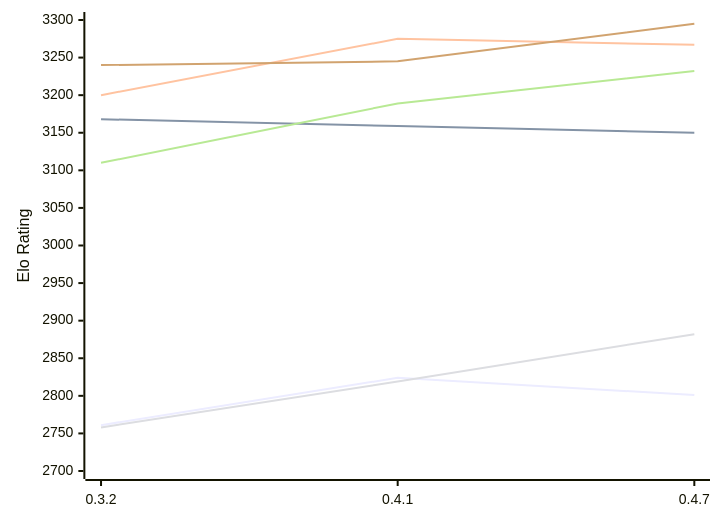
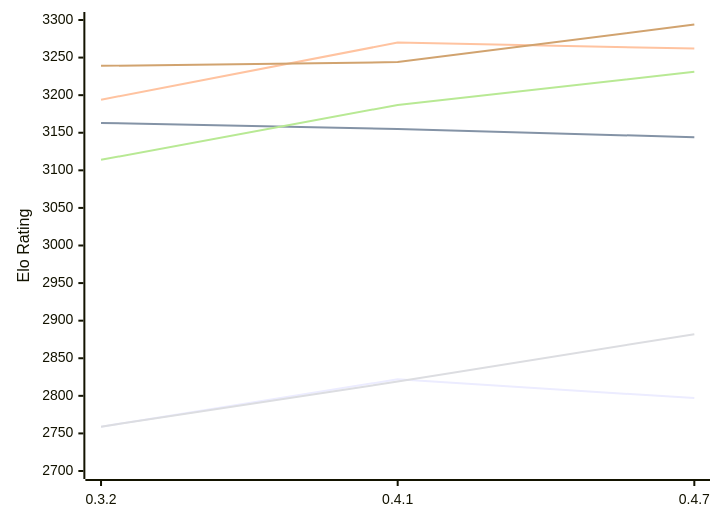
Before and after one commit to computer-chess-index/cci: the diagram in engines/Arabica.md, drawn with Mermaid. The commit also changed other lines of this file, not shown here.

Commit message:
Update CCI Ratings (ELO VLTC) - 2026-11-26

````diff
--- a/engines/Arabica.md
+++ b/engines/Arabica.md
@@ -51,12 +51,12 @@
 ```mermaid
 %%{init: {"theme":"base","themeVariables":{"seriesColors:['#a3a3a3','#222221','#faa371']}}}%%
 xychart-beta
   x-axis ["0.3.2", "0.4.1", "0.4.7"]
   y-axis "Elo Rating" 2700 --> 3300
-  line "E1: STC (8.0+0.08s)" [2761, 2824, 2801]
-  line "E1: LTC (60.0+0.60s)" [3168, 3159, 3150]
-  line "E1: VLTC (2m24s+1.12s)" [3200, 3275, 3267]
-  line "P1: STC (8.0+0.08s)" [2758, 2819, 2882]
-  line "P1: LTC (60.0+0.60s)" [3110, 3189, 3232]
-  line "P1: VLTC (2m24s+1.12s)" [3240, 3245, 3295]
+  line "E1: STC (8.0+0.08s)" [2759, 2822, 2797]
+  line "E1: LTC (60.0+0.60s)" [3163, 3155, 3144]
+  line "E1: VLTC (2m24s+1.12s)" [3194, 3270, 3262]
+  line "P1: STC (8.0+0.08s)" [2759, 2819, 2882]
+  line "P1: LTC (60.0+0.60s)" [3114, 3187, 3231]
+  line "P1: VLTC (2m24s+1.12s)" [3239, 3244, 3294]
 ```
````
